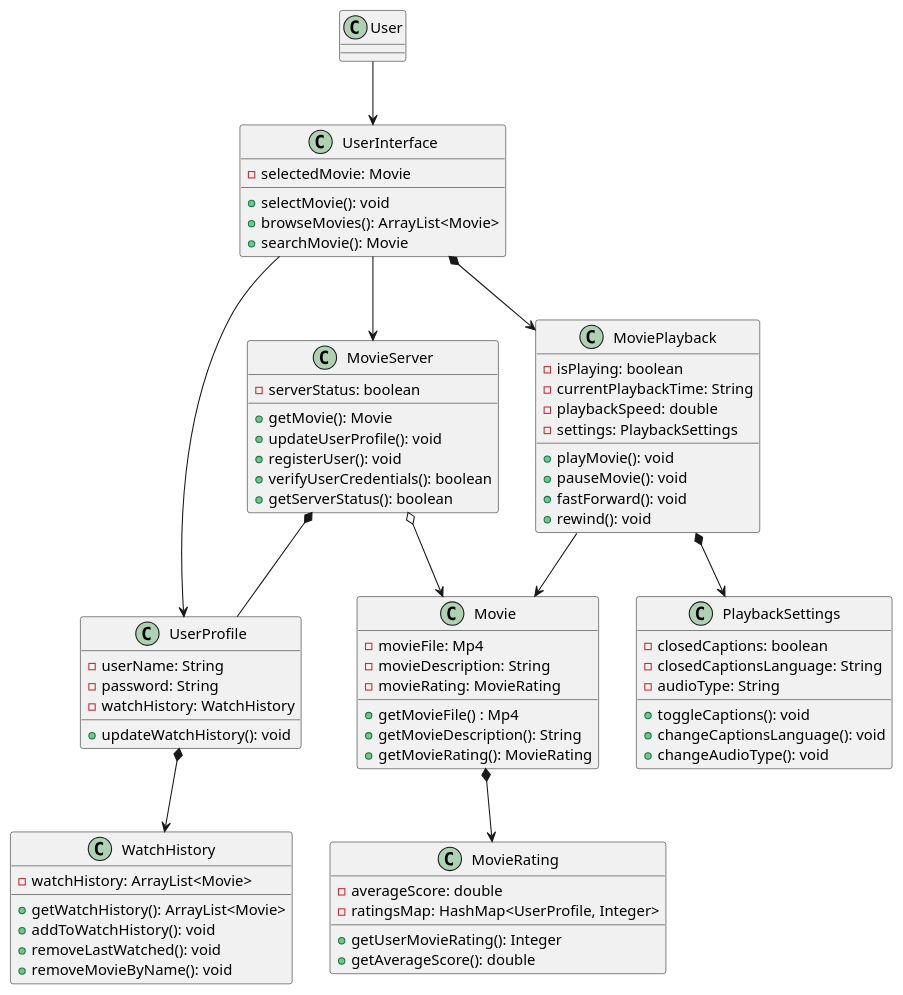
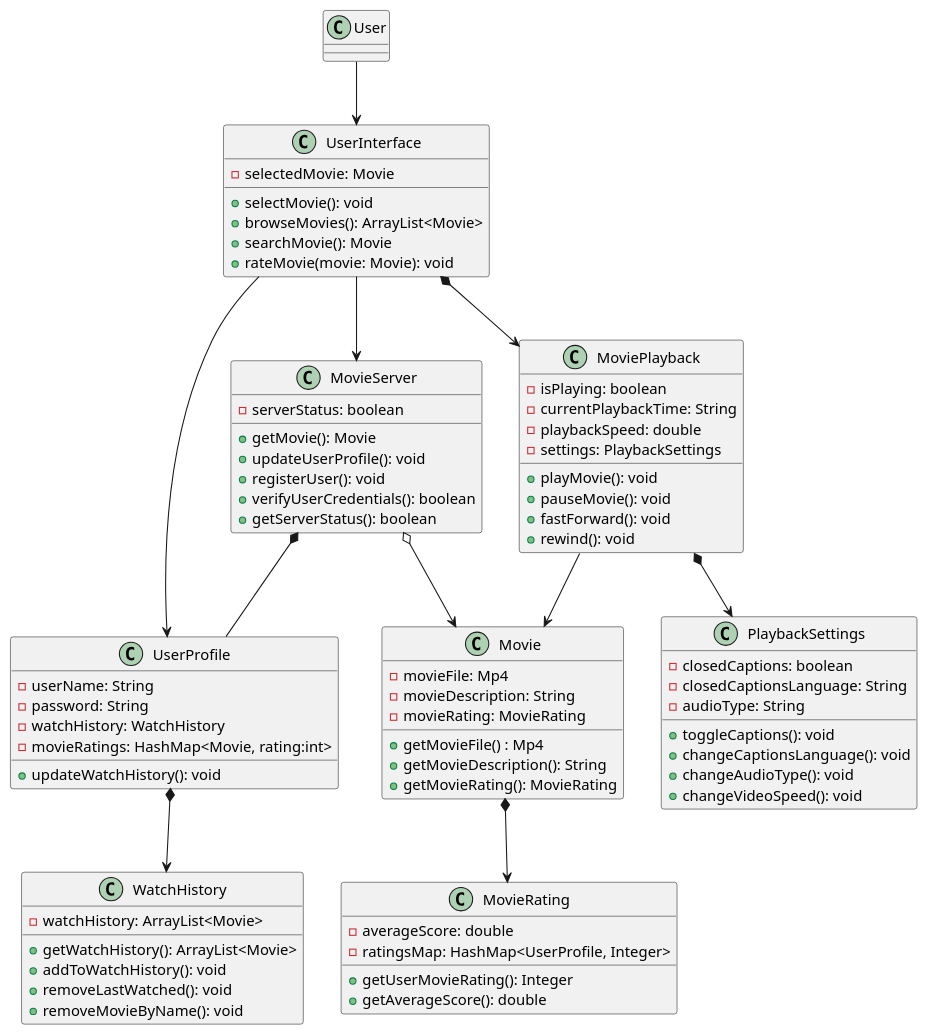
One commit to MarcCruzs/CS4800_Final changed the diagram in Part2Class.puml. Above: the diagram before and after it, drawn with PlantUML.

Commit message:
Added in 'changeVideoSpeed()' to PlaybackSettings. Added 'rateMovie()' to UserInterface and  movieRating attribute to UserProfile'

```diff
--- a/Part2Class.puml
+++ b/Part2Class.puml
@@ -1,83 +1,86 @@
 @startuml
 'https://plantuml.com/class-diagram
 
 
 
 class Movie {
 - movieFile: Mp4
 - movieDescription: String
 - movieRating: MovieRating
 + getMovieFile() : Mp4
 + getMovieDescription(): String
 + getMovieRating(): MovieRating
 }
 class User{
 
 }
 class UserProfile{
     -userName: String
     -password: String
     -watchHistory: WatchHistory
+    - movieRatings: HashMap<Movie, rating:int>
     +updateWatchHistory(): void
 }
 class MovieServer{
 -serverStatus: boolean
 +getMovie(): Movie
 +updateUserProfile(): void
 +registerUser(): void
 +verifyUserCredentials(): boolean
 +getServerStatus(): boolean
 }
 class UserInterface{
 -selectedMovie: Movie
 +selectMovie(): void
 +browseMovies(): ArrayList<Movie>
 +searchMovie(): Movie
++rateMovie(movie: Movie): void
 
 }
 class WatchHistory{
 -watchHistory: ArrayList<Movie>
 +getWatchHistory(): ArrayList<Movie>
 +addToWatchHistory(): void
 +removeLastWatched(): void
 +removeMovieByName(): void
 
 }
 class MoviePlayback{
 -isPlaying: boolean
 -currentPlaybackTime: String
 -playbackSpeed: double
 -settings: PlaybackSettings
 +playMovie(): void
 +pauseMovie(): void
 +fastForward(): void
 +rewind(): void
 }
 class PlaybackSettings{
 -closedCaptions: boolean
 -closedCaptionsLanguage: String
 -audioType: String
 +toggleCaptions(): void
 +changeCaptionsLanguage(): void
 +changeAudioType(): void
++changeVideoSpeed(): void
 }
 class MovieRating {
 -averageScore: double
 -ratingsMap: HashMap<UserProfile, Integer>
 +getUserMovieRating(): Integer
 +getAverageScore(): double
 }
 MovieServer *-- UserProfile
 UserProfile *--> WatchHistory
 User --> UserInterface
 UserInterface --> UserProfile
 UserInterface --> MovieServer
 
 MovieServer o--> Movie
 UserInterface *--> MoviePlayback
 MoviePlayback *--> PlaybackSettings
 MoviePlayback --> Movie
 Movie *--> MovieRating
 
 
 @enduml
```
